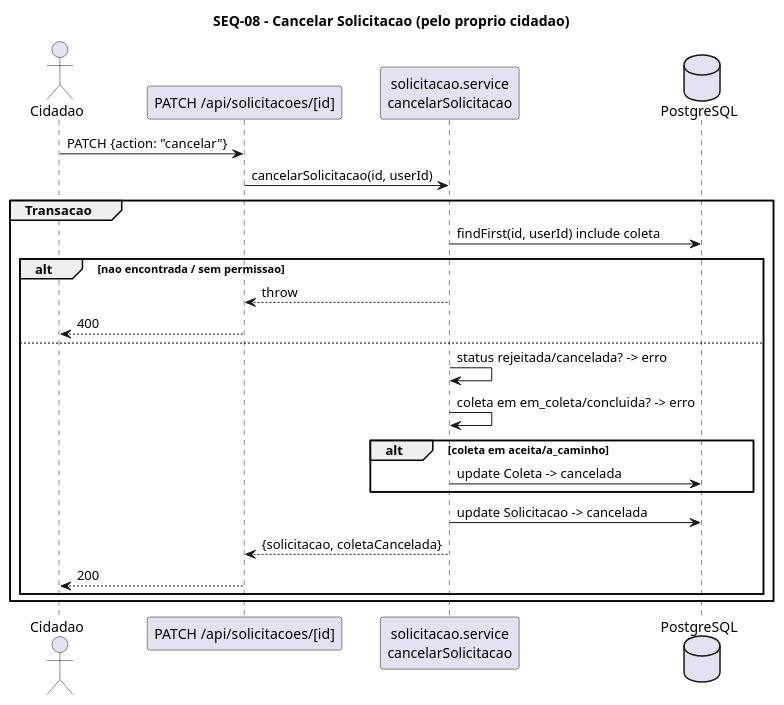
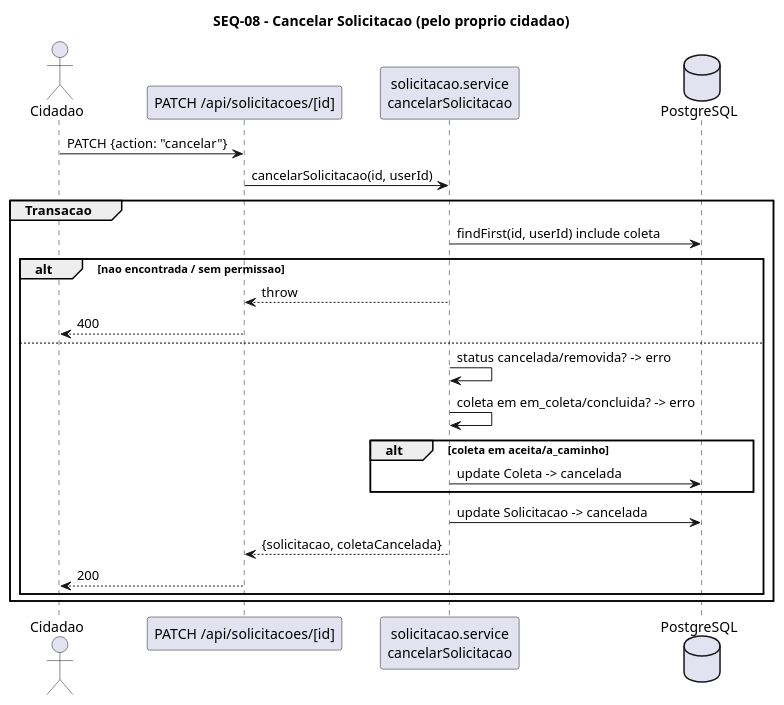
The diagram in docs/uml/4-sequencia/SEQ-08-cancelar-solicitacao.puml (lononeiro/olx-ecologico), drawn with PlantUML before and after one commit. The commit also changed 53 other files, not shown here.

First line of the commit message:
docs(uml): revisao dos diagramas e sincronizacao docs/ com uml/

```diff
--- a/docs/uml/4-sequencia/SEQ-08-cancelar-solicitacao.puml
+++ b/docs/uml/4-sequencia/SEQ-08-cancelar-solicitacao.puml
@@ -1,26 +1,26 @@
 @startuml SEQ-08-cancelar-solicitacao
 title SEQ-08 - Cancelar Solicitacao (pelo proprio cidadao)
 actor Cidadao
 participant "PATCH /api/solicitacoes/[id]" as EP
 participant "solicitacao.service\ncancelarSolicitacao" as SVC
 database PostgreSQL as DB
 
 Cidadao -> EP : PATCH {action: "cancelar"}
 EP -> SVC : cancelarSolicitacao(id, userId)
 group Transacao
   SVC -> DB : findFirst(id, userId) include coleta
   alt nao encontrada / sem permissao
     SVC --> EP : throw
     EP --> Cidadao : 400
   else
-    SVC -> SVC : status rejeitada/cancelada? -> erro
+    SVC -> SVC : status cancelada/removida? -> erro
     SVC -> SVC : coleta em em_coleta/concluida? -> erro
     alt coleta em aceita/a_caminho
       SVC -> DB : update Coleta -> cancelada
     end
     SVC -> DB : update Solicitacao -> cancelada
     SVC --> EP : {solicitacao, coletaCancelada}
     EP --> Cidadao : 200
   end
 end
 @enduml
```
